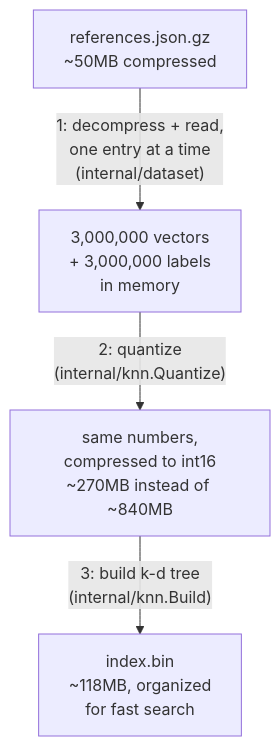
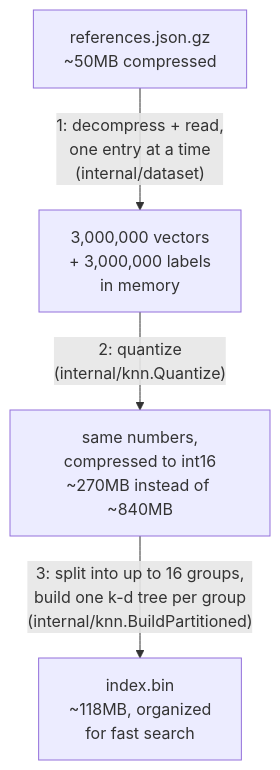
One commit to KauanCarvalho/rinha-de-backend-2026-fraud-detector changed the second of 6 diagrams in .github/docs/APPLICATION_FLOW.md. Above: the diagram before and after it, drawn with Mermaid. The commit also changed other lines of this file and 8 other files, not shown here.

Commit message:
feat: retune KNN_MAX_EXTRA_LEAVES to 1000 for the partitioned index, document partitioning end-to-end

````diff
--- a/.github/docs/APPLICATION_FLOW.md
+++ b/.github/docs/APPLICATION_FLOW.md
@@ -69,6 +69,6 @@
 ```mermaid
 flowchart TD
     A[references.json.gz<br/>~50MB compressed] -->|"1: decompress + read,<br/>one entry at a time<br/>(internal/dataset)"| B["3,000,000 vectors<br/>+ 3,000,000 labels<br/>in memory"]
     B -->|"2: quantize<br/>(internal/knn.Quantize)"| C["same numbers,<br/>compressed to int16<br/>~270MB instead of ~840MB"]
-    C -->|"3: build k-d tree<br/>(internal/knn.Build)"| D["index.bin<br/>~118MB, organized<br/>for fast search"]
+    C -->|"3: split into up to 16 groups,<br/>build one k-d tree per group<br/>(internal/knn.BuildPartitioned)"| D["index.bin<br/>~118MB, organized<br/>for fast search"]
 ```
````
